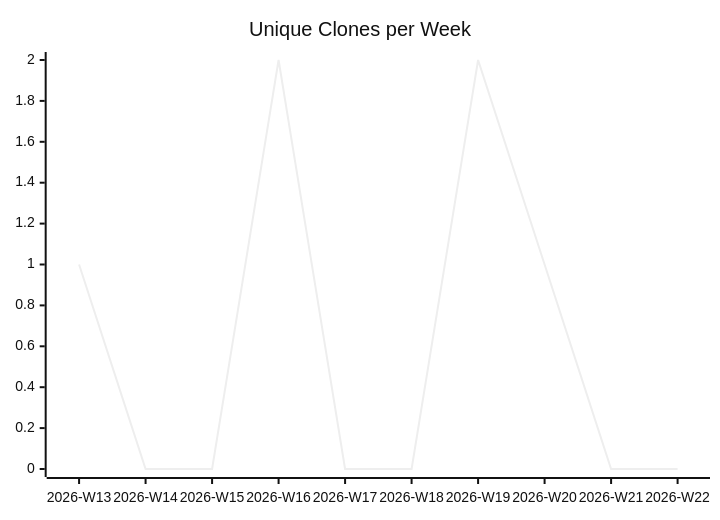
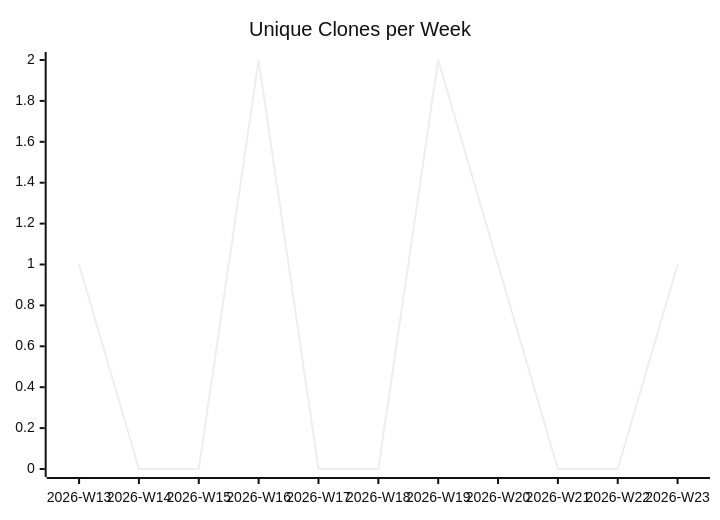
The third of 3 diagrams in karlmdavis/datanucleus-test-jdo-1-to-n/README.md (justdavis-family/github-analytics-data), drawn with Mermaid (neutral theme) before and after one commit. The commit also changed other lines of this file and 189 other files, not shown here.

````diff
--- a/karlmdavis/datanucleus-test-jdo-1-to-n/README.md
+++ b/karlmdavis/datanucleus-test-jdo-1-to-n/README.md
@@ -19,6 +19,6 @@
 ```mermaid
 xychart-beta
   title "Unique Clones per Week"
-  x-axis ["2026-W13", "2026-W14", "2026-W15", "2026-W16", "2026-W17", "2026-W18", "2026-W19", "2026-W20", "2026-W21", "2026-W22"]
-  line [1, 0, 0, 2, 0, 0, 2, 1, 0, 0]
+  x-axis ["2026-W13", "2026-W14", "2026-W15", "2026-W16", "2026-W17", "2026-W18", "2026-W19", "2026-W20", "2026-W21", "2026-W22", "2026-W23"]
+  line [1, 0, 0, 2, 0, 0, 2, 1, 0, 0, 1]
 ```
````
